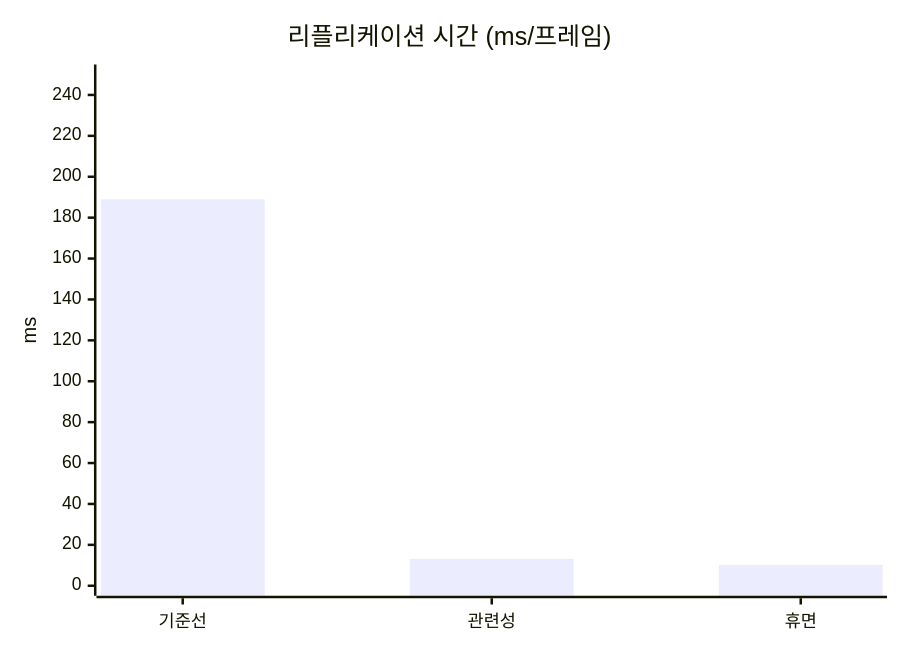
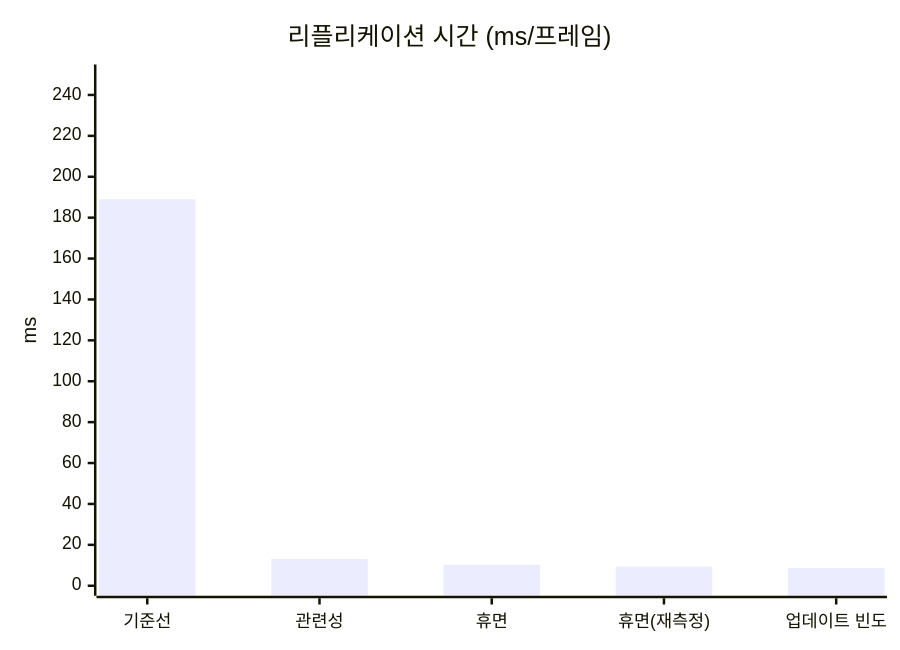
One commit to hon454/ue-dedicated-server-optimization-lab changed the fourth of 5 diagrams in README.md. Above: the diagram before and after it, drawn with Mermaid. The commit also changed other lines of this file and 26 other files, not shown here.

````diff
--- a/README.md
+++ b/README.md
@@ -113,7 +118,7 @@
 ```mermaid
 xychart-beta
     title "리플리케이션 시간 (ms/프레임)"
-    x-axis ["기준선", "관련성", "휴면"]
+    x-axis ["기준선", "관련성", "휴면", "휴면(재측정)", "업데이트 빈도"]
     y-axis "ms" 0 --> 250
-    bar [188.97, 13.14, 10.17]
+    bar [188.97, 13.14, 10.17, 9.35, 8.73]
 ```
````
